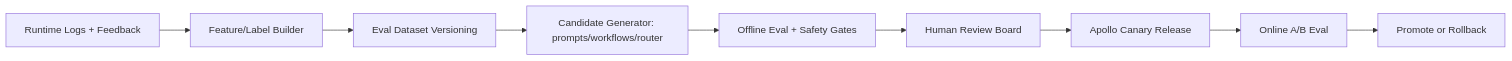
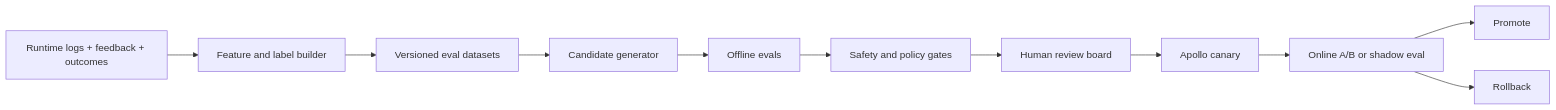
The third of 3 diagrams in investors/clearglassinc-artemis-self-evolving-ai-platform.md (ClearGlassInc/ClearGlassIncorporated-Desmond), drawn with Mermaid before and after one commit. The commit also changed other lines of this file, not shown here.

````diff
--- a/investors/clearglassinc-artemis-self-evolving-ai-platform.md
+++ b/investors/clearglassinc-artemis-self-evolving-ai-platform.md
@@ -216,11 +371,13 @@
 ```mermaid
 flowchart LR
-  A[Runtime Logs + Feedback] --> B[Feature/Label Builder]
-  B --> C[Eval Dataset Versioning]
-  C --> D[Candidate Generator: prompts/workflows/router]
-  D --> E[Offline Eval + Safety Gates]
-  E --> F[Human Review Board]
-  F --> G[Apollo Canary Release]
-  G --> H[Online A/B Eval]
-  H --> I[Promote or Rollback]
+  LOGS[Runtime logs + feedback + outcomes] --> LABEL[Feature and label builder]
+  LABEL --> DATASET[Versioned eval datasets]
+  DATASET --> CAND[Candidate generator]
+  CAND --> OFFLINE[Offline evals]
+  OFFLINE --> SAFETY[Safety and policy gates]
+  SAFETY --> BOARD[Human review board]
+  BOARD --> CANARY[Apollo canary]
+  CANARY --> ONLINE[Online A/B or shadow eval]
+  ONLINE --> PROMOTE[Promote]
+  ONLINE --> ROLLBACK[Rollback]
 ```
````
